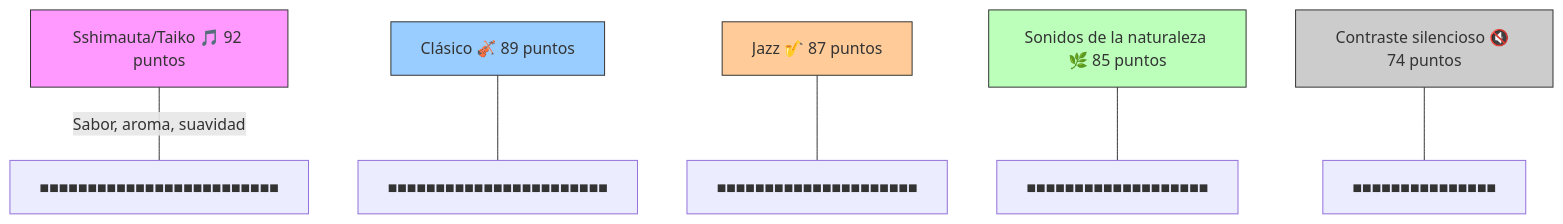
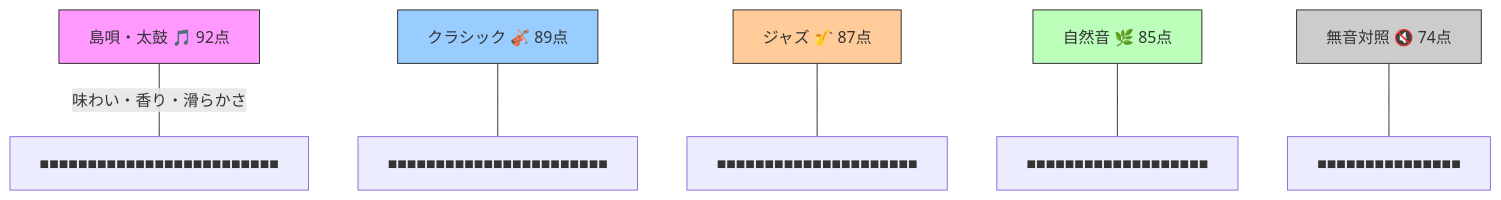
Before and after one commit to monumental-movement/monumental-movement.github.io: the fourth of 5 diagrams in es/_posts/2025-11-01-column-shochu-sound-aging.md, drawn with Mermaid. The commit also changed other lines of this file and 299 other files, not shown here.

```diff
--- a/es/_posts/2025-11-01-column-shochu-sound-aging.md
+++ b/es/_posts/2025-11-01-column-shochu-sound-aging.md
@@ -226,16 +226,16 @@
 <div class="mermaid">
 
 graph TD
-    A["Sshimauta/Taiko 🎵 92 puntos"] ---|"Sabor, aroma, suavidad"| B["■■■■■■■■■■■■■■■■■■■■■■■■■"]
-    C["Clásico 🎻 89 puntos"] --- B1["■■■■■■■■■■■■■■■■■■■■■■■"]
-    D["Jazz 🎷 87 puntos"] --- B2["■■■■■■■■■■■■■■■■■■■■■"]
-    E["Sonidos de la naturaleza 🌿 85 puntos"] --- B3["■■■■■■■■■■■■■■■■■■■"]
-    F["Contraste silencioso 🔇 74 puntos"] --- B4["■■■■■■■■■■■■■■■"]
+    A["島唄・太鼓 🎵 92点"] ---|"味わい・香り・滑らかさ"| B["■■■■■■■■■■■■■■■■■■■■■■■■■"]
+    C["クラシック 🎻 89点"] --- B1["■■■■■■■■■■■■■■■■■■■■■■■"]
+    D["ジャズ 🎷 87点"] --- B2["■■■■■■■■■■■■■■■■■■■■■"]
+    E["自然音 🌿 85点"] --- B3["■■■■■■■■■■■■■■■■■■■"]
+    F["無音対照 🔇 74点"] --- B4["■■■■■■■■■■■■■■■"]
 
     style A fill:#f9f,stroke:#333,stroke-width:1px
     style C fill:#9cf,stroke:#333,stroke-width:1px
     style D fill:#fc9,stroke:#333,stroke-width:1px
     style E fill:#bfb,stroke:#333,stroke-width:1px
     style F fill:#ccc,stroke:#333,stroke-width:1px
     
 </div>
```
